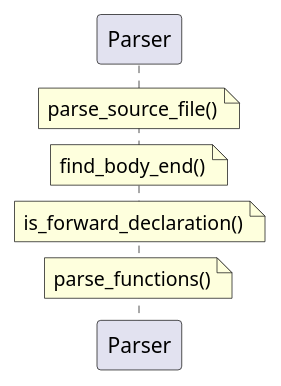
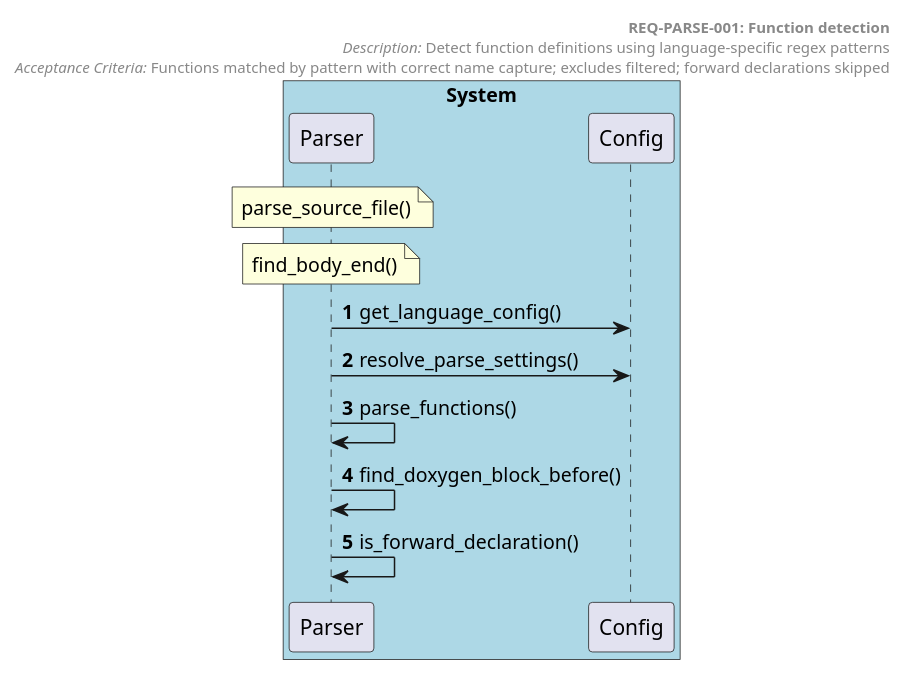
The diagram in docs/generated/sequences/REQ-PARSE-001.puml (tvanfossen/doxygen-guard), drawn with PlantUML before and after one commit. The commit also changed 18 other files, not shown here.

```diff
--- a/docs/generated/sequences/REQ-PARSE-001.puml
+++ b/docs/generated/sequences/REQ-PARSE-001.puml
@@ -1,11 +1,24 @@
-@startuml REQ-PARSE-001
+@startuml REQ-PARSE-001 Function detection
 autonumber
 
-participant "Parser" as Parser
+box "System" #LightBlue
+  participant "Parser" as Parser
+  participant "Config" as Config
+end box
+
+header
+  **REQ-PARSE-001: Function detection**
+  //Description:// Detect function definitions using language-specific regex patterns
+  //Acceptance Criteria:// Functions matched by pattern with correct name capture; excludes filtered; forward declarations skipped
+end header
 
 note over Parser: parse_source_file()
 note over Parser: find_body_end()
-note over Parser: is_forward_declaration()
-note over Parser: parse_functions()
+
+Parser -> Config: get_language_config()
+Parser -> Config: resolve_parse_settings()
+Parser -> Parser: parse_functions()
+Parser -> Parser: find_doxygen_block_before()
+Parser -> Parser: is_forward_declaration()
 
 @enduml
```
